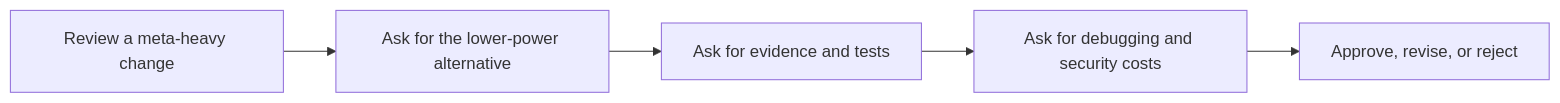
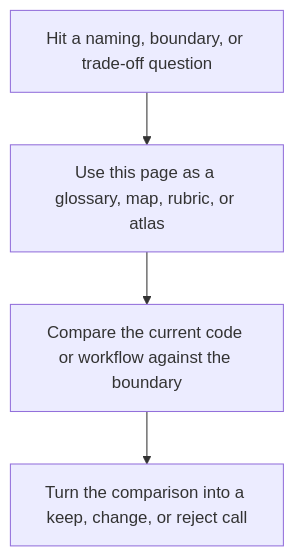
One commit to bijux/bijux-masterclass changed the second of 2 diagrams in programs/python-programming/python-meta-programming/course-book/reference/review-checklist.md. Above: the diagram before and after it, drawn with Mermaid. The commit also changed other lines of this file and 15 other files, not shown here.

Commit message:
docs(python-meta-programming): sharpen guide and reference diagrams

````diff
--- a/programs/python-programming/python-meta-programming/course-book/reference/review-checklist.md
+++ b/programs/python-programming/python-meta-programming/course-book/reference/review-checklist.md
@@ -17,7 +14,6 @@
 ```mermaid
-flowchart LR
-  change["Review a meta-heavy change"] --> lower["Ask for the lower-power alternative"]
-  lower --> evidence["Ask for evidence and tests"]
-  evidence --> risks["Ask for debugging and security costs"]
-  risks --> decision["Approve, revise, or reject"]
+flowchart TD
+  trigger["Hit a naming, boundary, or trade-off question"] --> lookup["Use this page as a glossary, map, rubric, or atlas"]
+  lookup --> compare["Compare the current code or workflow against the boundary"]
+  compare --> decision["Turn the comparison into a keep, change, or reject call"]
 ```
````
